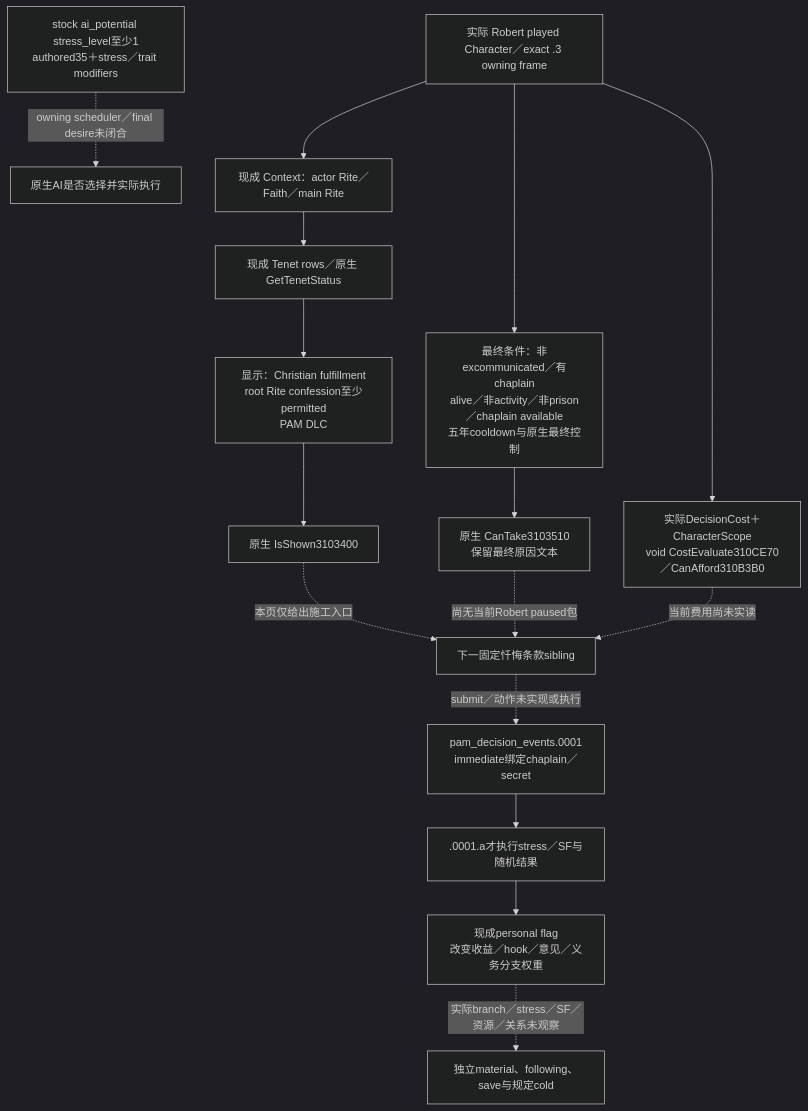
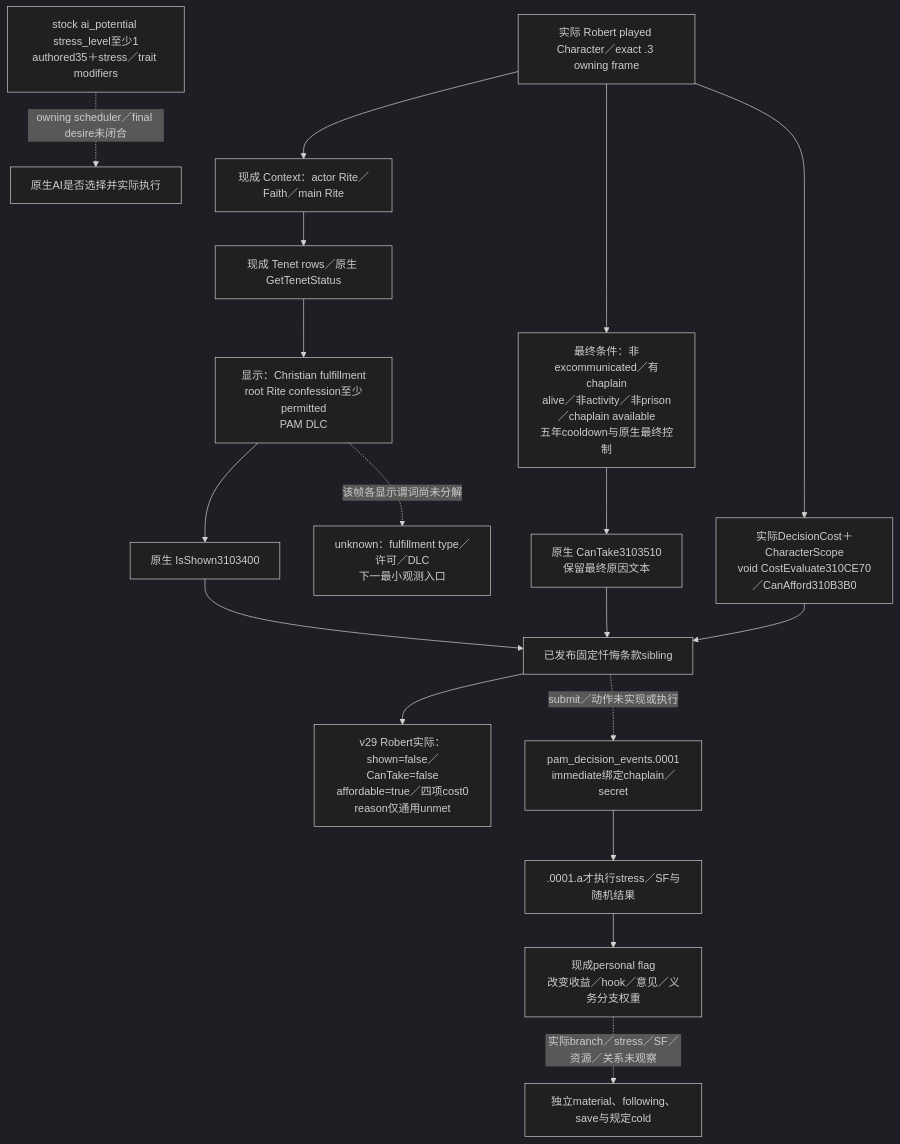
One commit to XenoAmess/ck3_eternal_recurrence changed the diagram in docs/ck3-native-ai/religion-doctrine-gameplay-native-ai-12003.md. Above: the diagram before and after it, drawn with Mermaid (dark theme). The commit also changed other lines of this file and 15 other files, not shown here.

````diff
--- a/docs/ck3-native-ai/religion-doctrine-gameplay-native-ai-12003.md
+++ b/docs/ck3-native-ai/religion-doctrine-gameplay-native-ai-12003.md
@@ -34,18 +54,20 @@
 ```mermaid
 flowchart TD
     P[实际 Robert played Character／exact .3 owning frame] --> ID[现成 Context：actor Rite／Faith／main Rite]
     ID --> T[现成 Tenet rows／原生 GetTenetStatus]
     T --> S[显示：Christian fulfillment<br/>root Rite confession至少permitted<br/>PAM DLC]
     P --> V[最终条件：非excommunicated／有chaplain<br/>alive／非activity／非prison／chaplain available<br/>五年cooldown与原生最终控制]
     S --> NS[原生 IsShown3103400]
     V --> NT[原生 CanTake3103510<br/>保留最终原因文本]
     P --> COST[实际DecisionCost＋CharacterScope<br/>void CostEvaluate310CE70／CanAfford310B3B0]
-    NS -. 本页仅给出施工入口 .-> Q[下一固定忏悔条款sibling]
-    NT -. 尚无当前Robert paused包 .-> Q
-    COST -. 当前费用尚未实读 .-> Q
+    NS --> Q[已发布固定忏悔条款sibling]
+    NT --> Q
+    COST --> Q
+    Q --> LIVE[v29 Robert实际：shown=false／CanTake=false<br/>affordable=true／四项cost0<br/>reason仅通用unmet]
+    S -. 该帧各显示谓词尚未分解 .-> WHY[unknown：fulfillment type／许可／DLC<br/>下一最小观测入口]
     Q -. submit／动作未实现或执行 .-> E[pam_decision_events.0001<br/>immediate绑定chaplain／secret]
     E --> A[.0001.a才执行stress／SF与随机结果]
     A --> BONUS[现成personal flag<br/>改变收益／hook／意见／义务分支权重]
     BONUS -. 实际branch／stress／SF／资源／关系未观察 .-> RESULT[独立material、following、save与规定cold]
     AI[stock ai_potential stress_level至少1<br/>authored35＋stress／trait modifiers] -. owning scheduler／final desire未闭合 .-> AIS[原生AI是否选择并实际执行]
 ```
````
